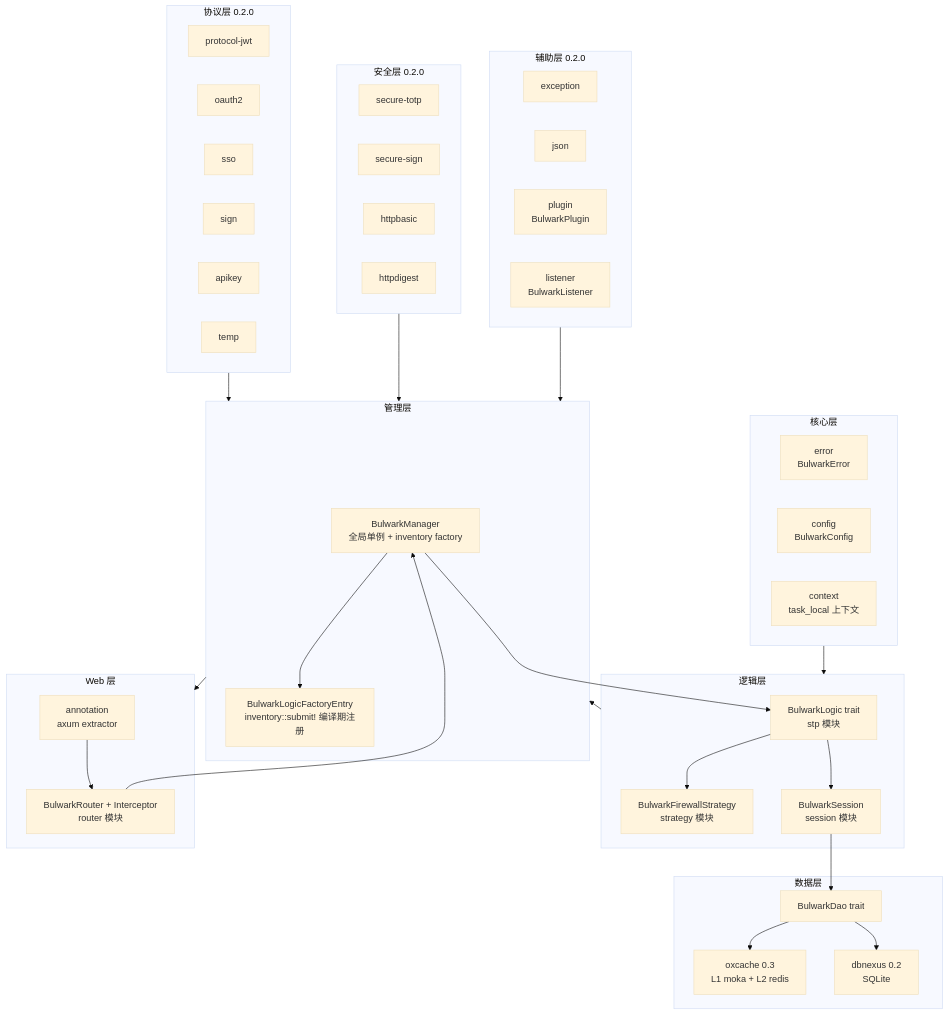
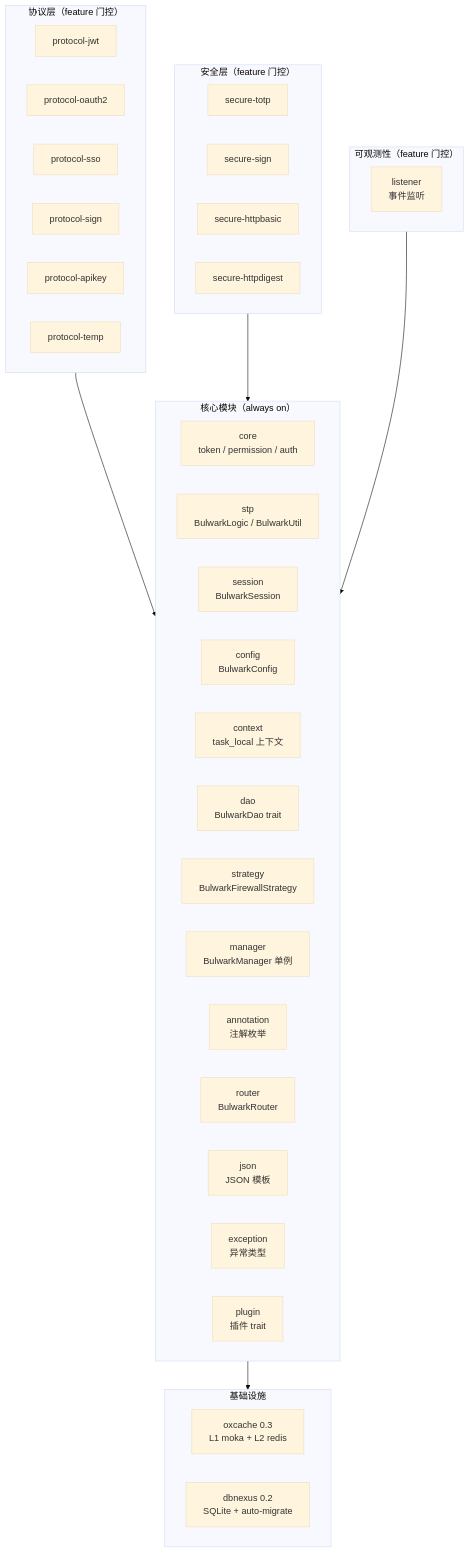
The first of 3 diagrams in docs/architecture.md (Kirky-X/garrison), drawn with Mermaid (base theme) before and after one commit. The commit also changed other lines of this file and 7 other files, not shown here.

````diff
--- a/docs/architecture.md
+++ b/docs/architecture.md
@@ -34,69 +49,48 @@
 ```mermaid
 graph TB
-    subgraph CoreLayer["核心层"]
-        error[error<br/>BulwarkError]
+    subgraph CoreLayer["核心模块（always on）"]
+        core[core<br/>token / permission / auth]
+        stp[stp<br/>BulwarkLogic / BulwarkUtil]
+        session[session<br/>BulwarkSession]
         config[config<br/>BulwarkConfig]
         context[context<br/>task_local 上下文]
+        dao[dao<br/>BulwarkDao trait]
+        strategy[strategy<br/>BulwarkFirewallStrategy]
+        manager[manager<br/>BulwarkManager 单例]
+        annotation[annotation<br/>注解枚举]
+        router[router<br/>BulwarkRouter]
+        json[json<br/>JSON 模板]
+        exception[exception<br/>异常类型]
+        plugin[plugin<br/>插件 trait]
     end
 
-    subgraph DataLayer["数据层"]
-        dao[BulwarkDao trait]
-        oxcache[oxcache 0.3<br/>L1 moka + L2 redis]
-        dbnexus[dbnexus 0.2<br/>SQLite]
-        dao --> oxcache
-        dao --> dbnexus
+    subgraph ProtocolLayer["协议层（feature 门控）"]
+        protocol-jwt[protocol-jwt]
+        oauth2[protocol-oauth2]
+        sso[protocol-sso]
+        sign[protocol-sign]
+        apikey[protocol-apikey]
+        temp[protocol-temp]
     end
 
-    subgraph LogicLayer["逻辑层"]
-        stp[BulwarkLogic trait<br/>stp 模块]
-        strategy[BulwarkFirewallStrategy<br/>strategy 模块]
-        session[BulwarkSession<br/>session 模块]
-        stp --> session
-        stp --> strategy
-        session --> dao
+    subgraph SecureLayer["安全层（feature 门控）"]
+        secure-totp[secure-totp]
+        secure-sign[secure-sign]
+        httpbasic[secure-httpbasic]
+        httpdigest[secure-httpdigest]
     end
 
-    subgraph ManagerLayer["管理层"]
-        manager[BulwarkManager<br/>全局单例 + inventory factory]
-        factory[BulwarkLogicFactoryEntry<br/>inventory::submit! 编译期注册]
-        manager --> factory
-        manager --> stp
+    subgraph InfraLayer["基础设施"]
+        oxcache[oxcache 0.3<br/>L1 moka + L2 redis]
+        dbnexus[dbnexus 0.2<br/>SQLite + auto-migrate]
     end
 
-    subgraph WebLayer["Web 层"]
-        annotation[annotation<br/>axum extractor]
-        router[BulwarkRouter + Interceptor<br/>router 模块]
-        annotation --> router
-        router --> manager
+    subgraph Observable["可观测性（feature 门控）"]
+        listener[listener<br/>事件监听]
     end
 
-    subgraph ProtocolLayer["协议层 0.2.0"]
-        protocol-jwt[protocol-jwt]
-        oauth2[oauth2]
-        sso[sso]
-        sign[sign]
-        apikey[apikey]
-        temp[temp]
-    end
-
-    subgraph SecureLayer["安全层 0.2.0"]
-        secure-totp[secure-totp]
-        secure-sign[secure-sign]
-        httpbasic[httpbasic]
-        httpdigest[httpdigest]
-    end
-
-    subgraph AuxLayer["辅助层 0.2.0"]
-        exception[exception]
-        json[json]
-        plugin[plugin<br/>BulwarkPlugin]
-        listener[listener<br/>BulwarkListener]
-    end
-
-    CoreLayer --> LogicLayer
-    LogicLayer --> ManagerLayer
-    ManagerLayer --> WebLayer
-    ProtocolLayer --> ManagerLayer
-    SecureLayer --> ManagerLayer
-    AuxLayer --> ManagerLayer
+    CoreLayer --> InfraLayer
+    ProtocolLayer --> CoreLayer
+    SecureLayer --> CoreLayer
+    Observable --> CoreLayer
 ```
````
